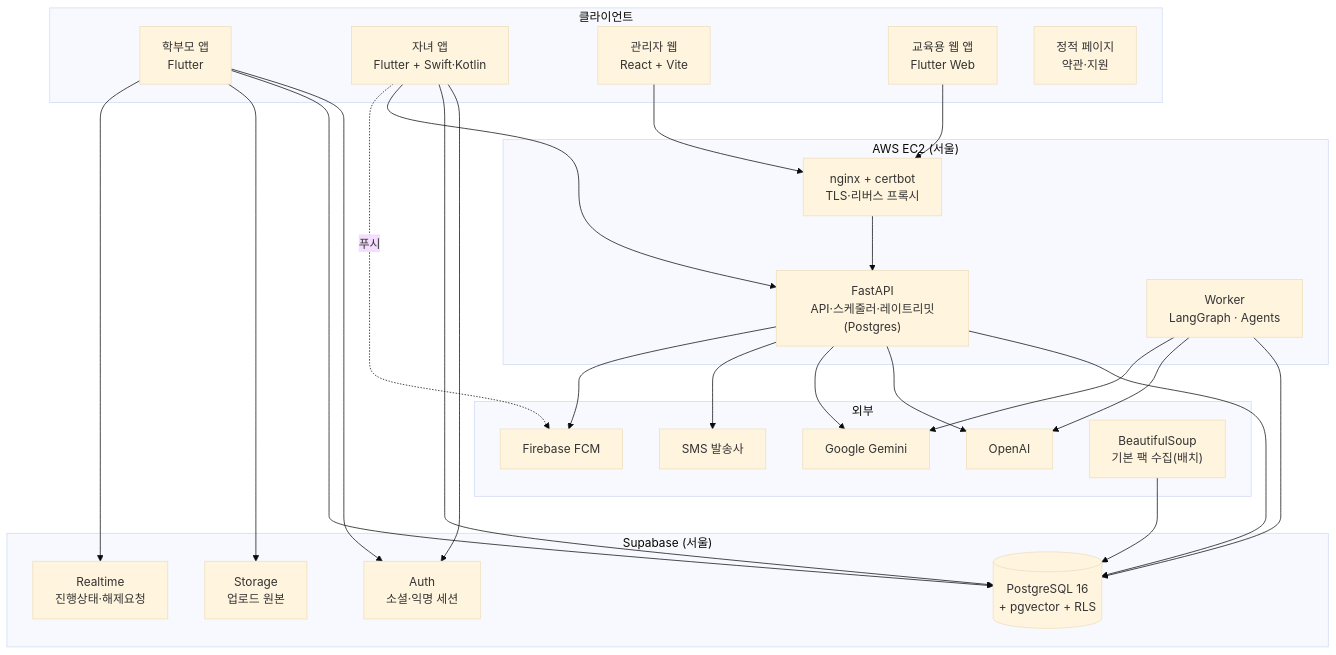
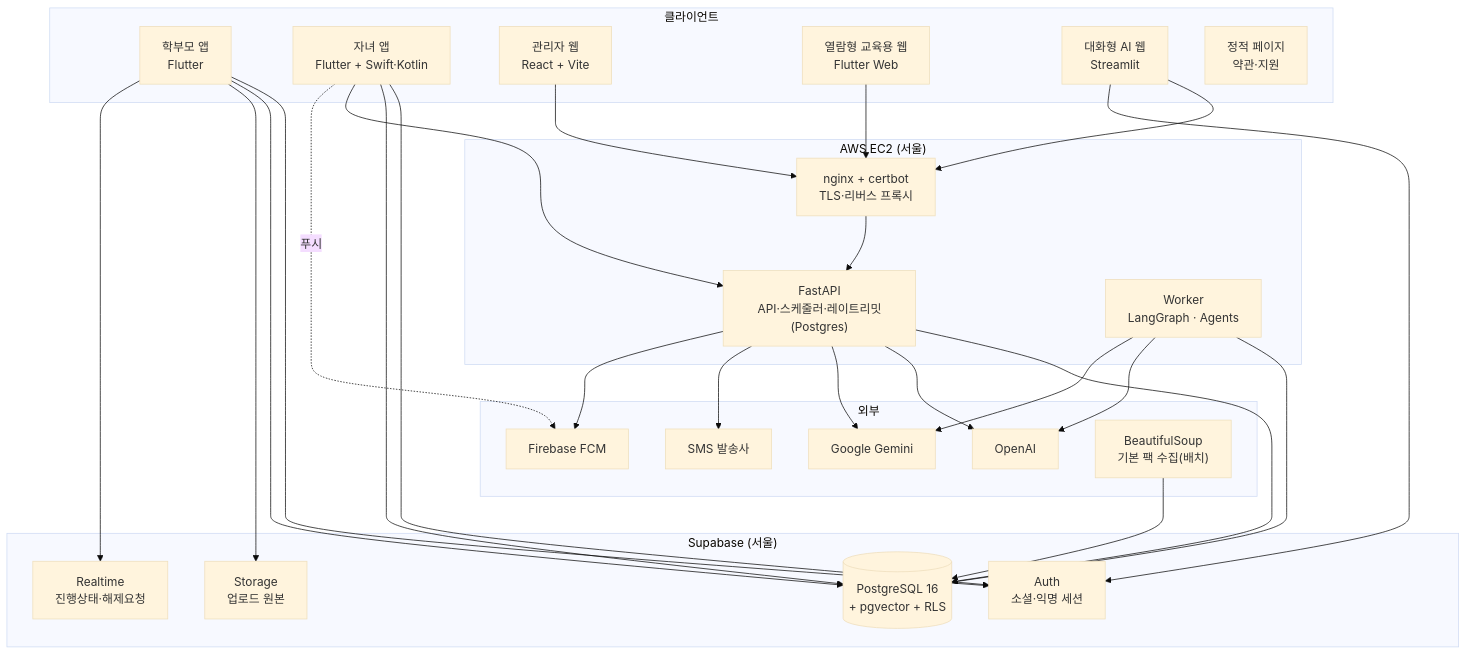
The first of 3 diagrams in DOC/Step 1/기술 명세서.md (obhht2302-ctrl/AIO_team_04_final_project), drawn with Mermaid (base theme) before and after one commit. The commit also changed other lines of this file and 4 other files, not shown here.

````diff
--- a/DOC/Step 1/기술 명세서.md
+++ b/DOC/Step 1/기술 명세서.md
@@ -46,52 +51,55 @@
 ```mermaid
 flowchart TB
   subgraph Client["클라이언트"]
     PA["학부모 앱<br>Flutter"]
     CA["자녀 앱<br>Flutter + Swift·Kotlin"]
     WEB["관리자 웹<br>React + Vite"]
-    PWEB["교육용 웹 앱<br>Flutter Web"]
+    PWEB["열람형 교육용 웹<br>Flutter Web"]
+    CWEB["대화형 AI 웹<br>Streamlit"]
     SITE["정적 페이지<br>약관·지원"]
   end
 
   subgraph Supabase["Supabase (서울)"]
     AUTH["Auth<br>소셜·익명 세션"]
     PG[("PostgreSQL 16<br>+ pgvector + RLS")]
     ST["Storage<br>업로드 원본"]
     RT["Realtime<br>진행상태·해제요청"]
   end
 
   subgraph AWS["AWS EC2 (서울)"]
     NGX["nginx + certbot<br>TLS·리버스 프록시"]
     API["FastAPI<br>API·스케줄러·레이트리밋(Postgres)"]
     WK["Worker<br>LangGraph · Agents"]
   end
 
   subgraph External["외부"]
     OAI["OpenAI"]
     GEM["Google Gemini"]
     SMS["SMS 발송사"]
     FCM["Firebase FCM"]
     BS["BeautifulSoup<br>기본 팩 수집(배치)"]
   end
 
   PA --> AUTH
   PA --> PG
   PA --> ST
   PA --> RT
   CA --> AUTH
   CA --> PG
   CA --> API
   PWEB --> NGX
+  CWEB --> NGX
+  CWEB --> AUTH
   WEB --> NGX
   NGX --> API
   API --> PG
   API --> OAI
   API --> GEM
   API --> SMS
   API --> FCM
   WK --> PG
   WK --> OAI
   WK --> GEM
   BS --> PG
   CA -. 푸시 .-> FCM
 ```
````
